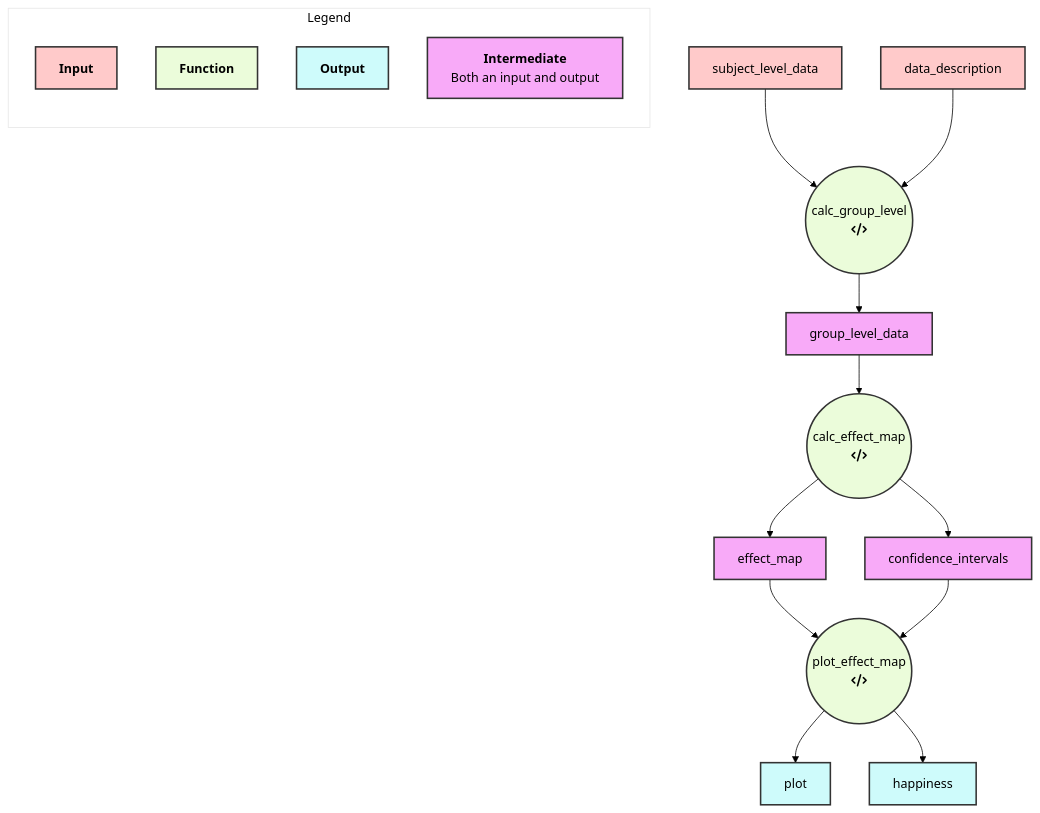
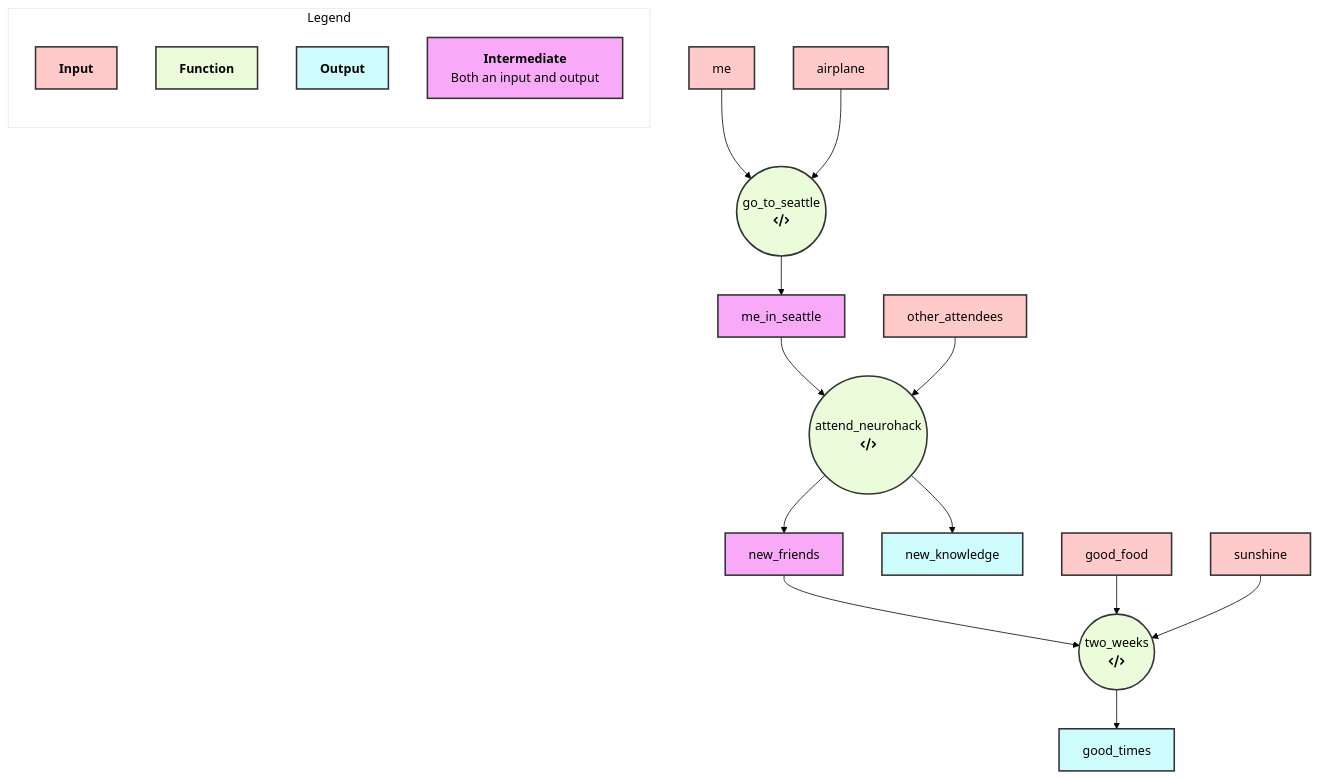
The diagram in README.md (halleeshearer/scripts2viz), drawn with Mermaid before and after one commit. The commit also changed 2 other files, not shown here.

Commit message:
Update README.md, flowchart.md, and/or flowchart.mmd with new Mermaid diagram

````diff
--- a/README.md
+++ b/README.md
@@ -11,55 +11,60 @@
 ```mermaid
  %%{init: {'theme':'base', 'themeVariables': {
   'primaryColor': '#ffcaca',
   'primaryTextColor': '#000',
   'primaryBorderColor': '#000000',
   'lineColor': '#000000',
   'tertiaryColor': '#fff'
 }}}%%
 graph TD
 classDef lightRed fill:#ffcaca,stroke:#333,stroke-width:2px;
 classDef lightGreen fill:#ebfcda,stroke:#333,stroke-width:2px;
 classDef lightBlue fill:#cefbfb,stroke:#333,stroke-width:2px;
 classDef lightPurple fill:#f8aaf8,stroke:#333,stroke-width:2px;
 
 subgraph Legend
     direction TB
     key1[<b>Input]:::lightRed
     key2[<b>Function]:::lightGreen
     key3[<b>Output]:::lightBlue
     key4[<b>Intermediate</b><br> Both an input and output]:::lightPurple
 end
-calc_group_level(("calc_group_level")):::lightGreen
-calc_group_level(("calc_group_level
+go_to_seattle(("go_to_seattle")):::lightGreen
+go_to_seattle(("go_to_seattle
  fa:fa-code"))
-subject_level_data:::lightRed
-subject_level_data --> calc_group_level
-data_description:::lightRed
-data_description --> calc_group_level
-group_level_data:::lightBlue
-calc_group_level --> group_level_data
-calc_effect_map(("calc_effect_map")):::lightGreen
-calc_effect_map(("calc_effect_map
+me:::lightRed
+me --> go_to_seattle
+airplane:::lightRed
+airplane --> go_to_seattle
+me_in_seattle:::lightBlue
+go_to_seattle --> me_in_seattle
+attend_neurohack(("attend_neurohack")):::lightGreen
+attend_neurohack(("attend_neurohack
  fa:fa-code"))
-group_level_data --> calc_effect_map
-effect_map:::lightBlue
-calc_effect_map --> effect_map
-confidence_intervals:::lightBlue
-calc_effect_map --> confidence_intervals
-plot_effect_map(("plot_effect_map")):::lightGreen
-plot_effect_map(("plot_effect_map
+me_in_seattle --> attend_neurohack
+other_attendees:::lightRed
+other_attendees --> attend_neurohack
+new_friends:::lightBlue
+attend_neurohack --> new_friends
+new_knowledge:::lightBlue
+attend_neurohack --> new_knowledge
+two_weeks(("two_weeks")):::lightGreen
+two_weeks(("two_weeks
  fa:fa-code"))
-effect_map --> plot_effect_map
-confidence_intervals --> plot_effect_map
-plot:::lightBlue
-plot_effect_map --> plot
-happiness:::lightBlue
-plot_effect_map --> happiness
-subject_level_data:::lightRed
-data_description:::lightRed
-group_level_data:::lightPurple
-effect_map:::lightPurple
-confidence_intervals:::lightPurple
-plot:::lightBlue
-happiness:::lightBlue
+new_friends --> two_weeks
+good_food:::lightRed
+good_food --> two_weeks
+sunshine:::lightRed
+sunshine --> two_weeks
+good_times:::lightBlue
+two_weeks --> good_times
+me:::lightRed
+airplane:::lightRed
+me_in_seattle:::lightPurple
+other_attendees:::lightRed
+new_friends:::lightPurple
+new_knowledge:::lightBlue
+good_food:::lightRed
+sunshine:::lightRed
+good_times:::lightBlue
 ```
````
